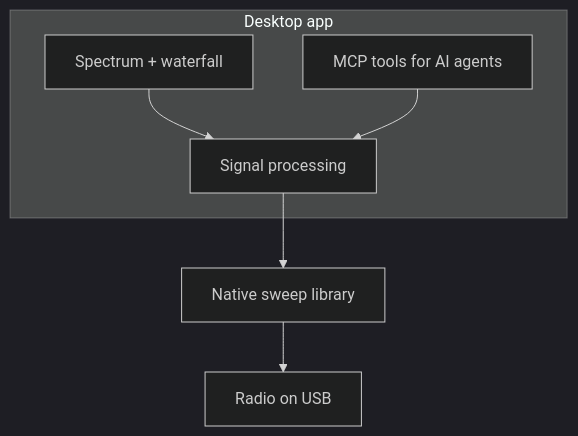
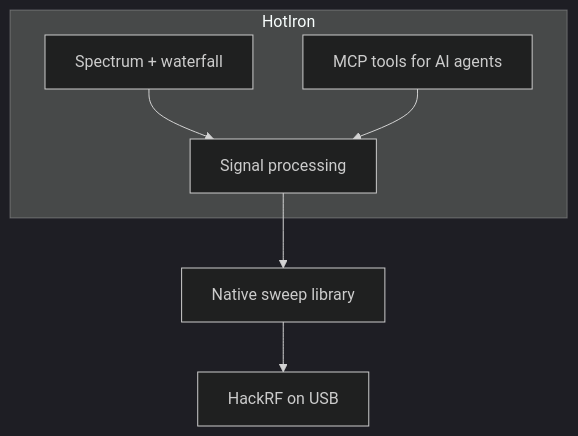
One commit to chris-piekarski/hot-iron changed the diagram in README.md. Above: the diagram before and after it, drawn with Mermaid (dark theme). The commit also changed other lines of this file and 517 other files, not shown here.

First line of the commit message:
Release HotIron 2.0.1

````diff
--- a/README.md
+++ b/README.md
@@ -64,12 +82,12 @@
 ```mermaid
 flowchart TD
-    subgraph App["Desktop app"]
+    subgraph App["HotIron"]
         Core["Signal processing"]
         UI["Spectrum + waterfall"]
         MCP["MCP tools for AI agents"]
     end
-    Native["Native sweep library"] --> Radio["Radio on USB"]
+    Native["Native sweep library"] --> Radio["HackRF on USB"]
     Core --> Native
     UI --> Core
     MCP --> Core
 ```
````
